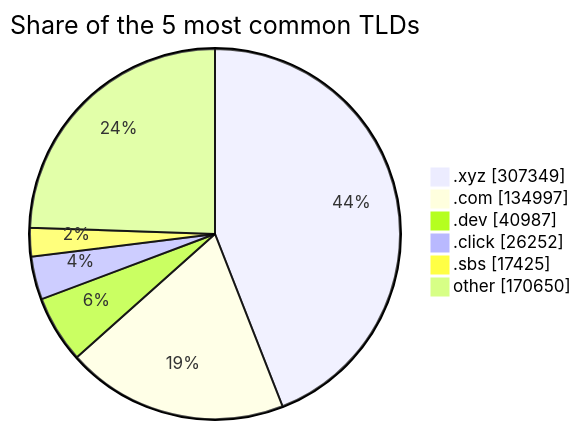
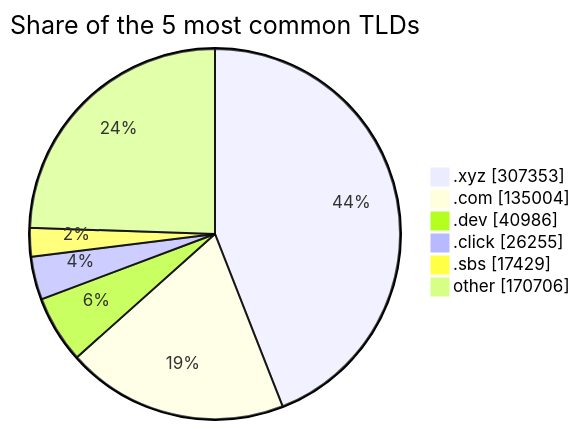
One commit to DNSBunker/CTI changed the third of 3 diagrams in README.md. Above: the diagram before and after it, drawn with Mermaid. The commit also changed other lines of this file and 3 other files, not shown here.

````diff
--- a/README.md
+++ b/README.md
@@ -81,9 +81,9 @@
 ```mermaid
 pie showData title Share of the 5 most common TLDs
-    ".xyz" : 307349
-    ".com" : 134997
-    ".dev" : 40987
-    ".click" : 26252
-    ".sbs" : 17425
-    "other" : 170650
+    ".xyz" : 307353
+    ".com" : 135004
+    ".dev" : 40986
+    ".click" : 26255
+    ".sbs" : 17429
+    "other" : 170706
 ```
````
